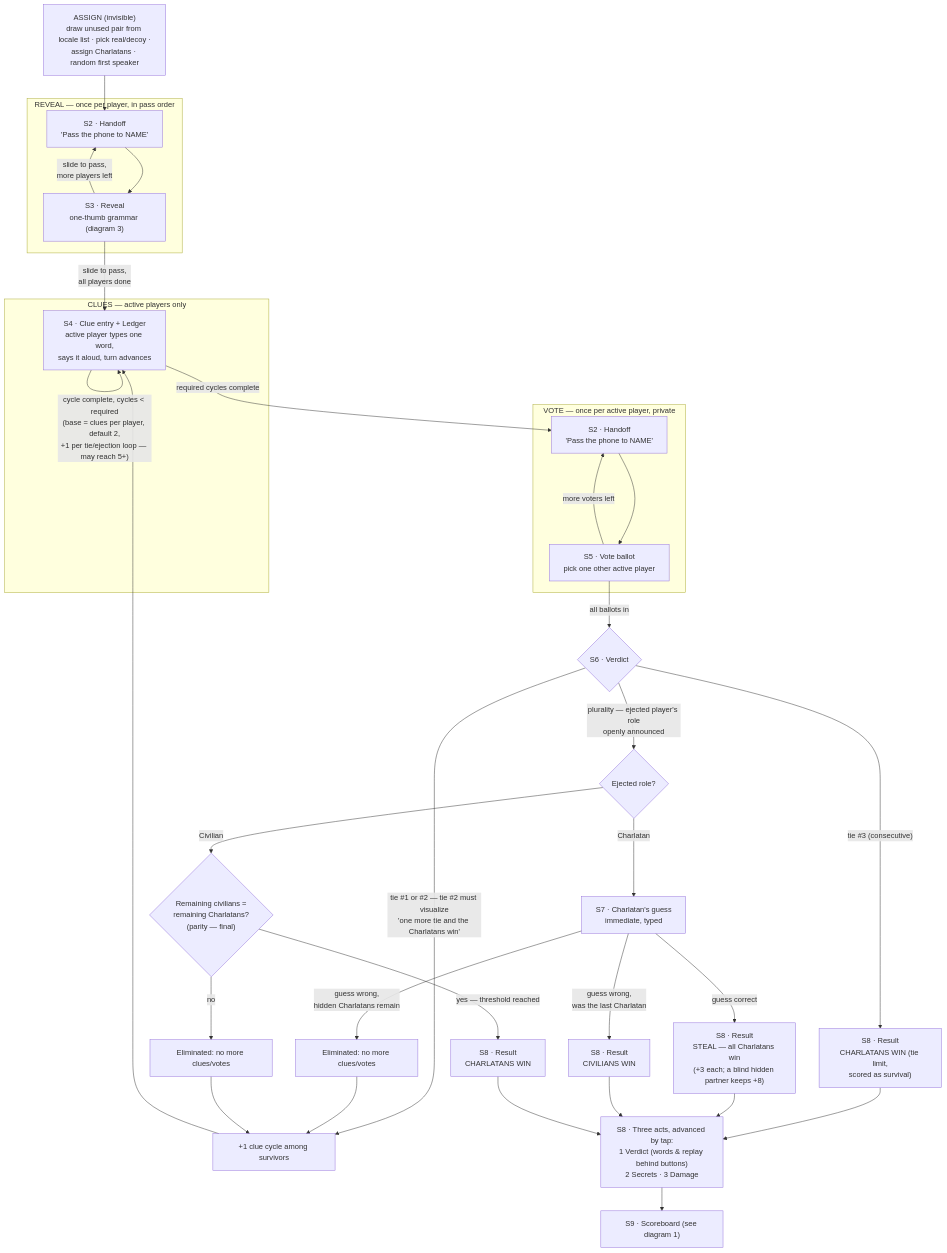
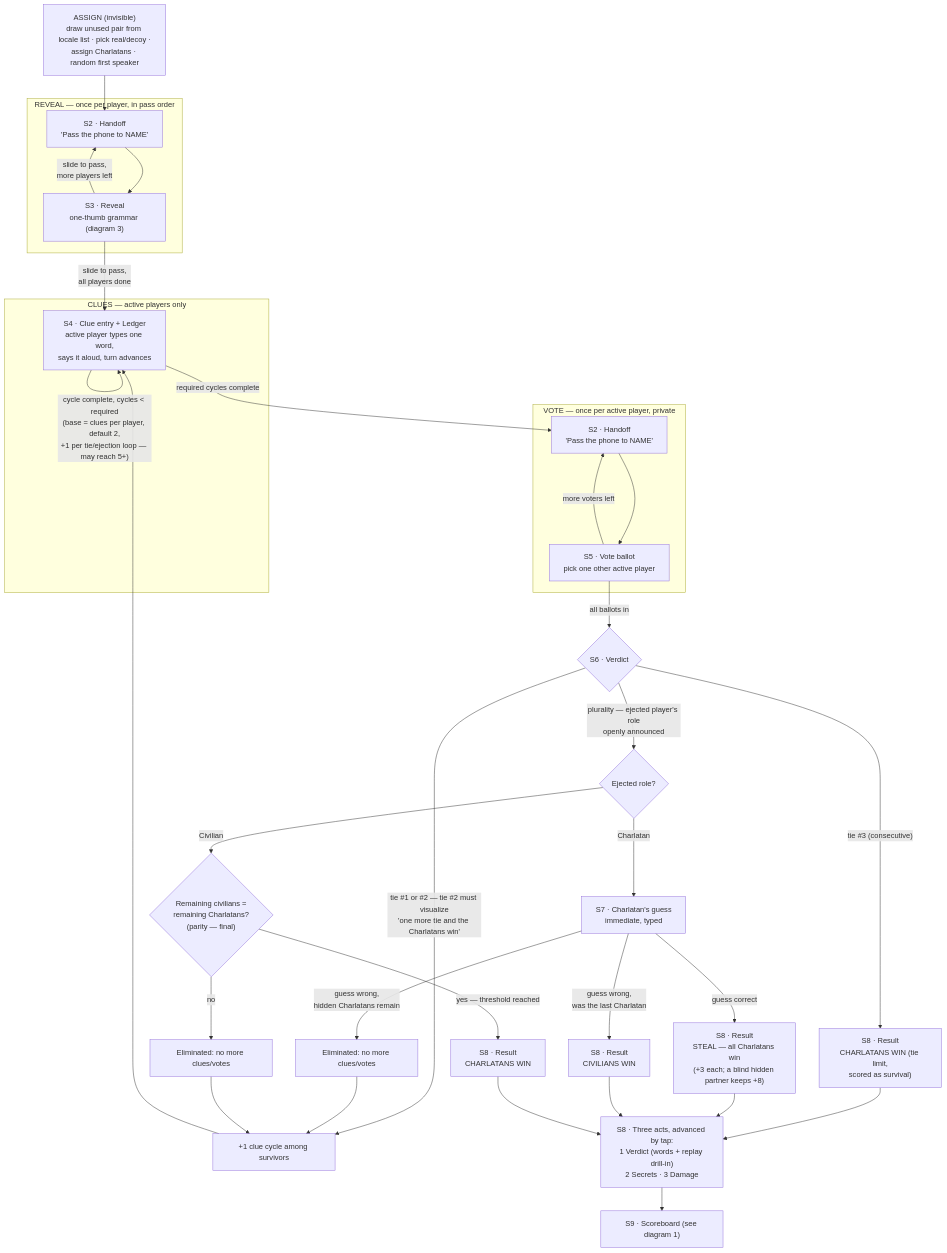
Before and after one commit to jalieven/charlatan: the second of 4 diagrams in docs/02-flows.md, drawn with Mermaid. The commit also changed other lines of this file and 2 other files, not shown here.

Commit message:
Merge words and replay into one dotless drill-in with top back link
The verdict now has a single drill-in button; the drill-in is one
screen with the back-to-verdict link pinned at the very top, the word
pair fixed beneath it, and the replay scrolling below. Progress dots
removed from the drill-in (it is not an act). Spec and screen
inventory updated to match; mockups redrawn.

Claude-Session: https://claude.ai/code/session_01LAnZ3eJoHkP5n2P5euwmSg

````diff
--- a/docs/02-flows.md
+++ b/docs/02-flows.md
@@ -31,42 +31,42 @@
 ```mermaid
 flowchart TD
     Assign["ASSIGN (invisible)<br/>draw unused pair from locale list · pick real/decoy ·<br/>assign Charlatans · random first speaker"]
     Assign --> H1["S2 · Handoff<br/>'Pass the phone to NAME'"]
 
     subgraph RevealLoop["REVEAL — once per player, in pass order"]
         H1 --> S3["S3 · Reveal<br/>one-thumb grammar (diagram 3)"]
         S3 -->|slide to pass,<br/>more players left| H1
     end
     S3 -->|slide to pass,<br/>all players done| Clues
 
     subgraph ClueLoop["CLUES — active players only"]
         Clues["S4 · Clue entry + Ledger<br/>active player types one word,<br/>says it aloud, turn advances"]
         Clues -->|"cycle complete, cycles < required<br/>(base = clues per player, default 2,<br/>+1 per tie/ejection loop — may reach 5+)"| Clues
     end
     Clues -->|required cycles complete| H2["S2 · Handoff<br/>'Pass the phone to NAME'"]
 
     subgraph VoteLoop["VOTE — once per active player, private"]
         H2 --> S5["S5 · Vote ballot<br/>pick one other active player"]
         S5 -->|more voters left| H2
     end
     S5 -->|all ballots in| S6{"S6 · Verdict"}
 
     S6 -->|"tie #1 or #2 — tie #2 must visualize<br/>'one more tie and the Charlatans win'"| ExtraClue["+1 clue cycle among survivors"] --> Clues
     S6 -->|"tie #3 (consecutive)"| ResultTies["S8 · Result<br/>CHARLATANS WIN (tie limit,<br/>scored as survival)"]
     S6 -->|"plurality — ejected player's role<br/>openly announced"| Role{"Ejected role?"}
 
     Role -->|Charlatan| Guess["S7 · Charlatan's guess<br/>immediate, typed"]
     Guess -->|guess correct| ResultSteal["S8 · Result<br/>STEAL — all Charlatans win<br/>(+3 each; a blind hidden partner keeps +8)"]
     Guess -->|"guess wrong,<br/>hidden Charlatans remain"| Eliminate1["Eliminated: no more clues/votes"] --> ExtraClue
     Guess -->|"guess wrong,<br/>was the last Charlatan"| ResultCiv["S8 · Result<br/>CIVILIANS WIN"]
 
     Role -->|Civilian| Threshold{"Remaining civilians =<br/>remaining Charlatans?<br/>(parity — final)"}
     Threshold -->|"yes — threshold reached"| ResultChar["S8 · Result<br/>CHARLATANS WIN"]
     Threshold -->|no| Eliminate2["Eliminated: no more clues/votes"] --> ExtraClue
 
-    ResultTies --> Acts["S8 · Three acts, advanced by tap:<br/>1 Verdict (words & replay behind buttons)<br/>2 Secrets · 3 Damage"]
+    ResultTies --> Acts["S8 · Three acts, advanced by tap:<br/>1 Verdict (words + replay drill-in)<br/>2 Secrets · 3 Damage"]
     ResultSteal --> Acts
     ResultCiv --> Acts
     ResultChar --> Acts
     Acts --> Score["S9 · Scoreboard (see diagram 1)"]
 ```
````
